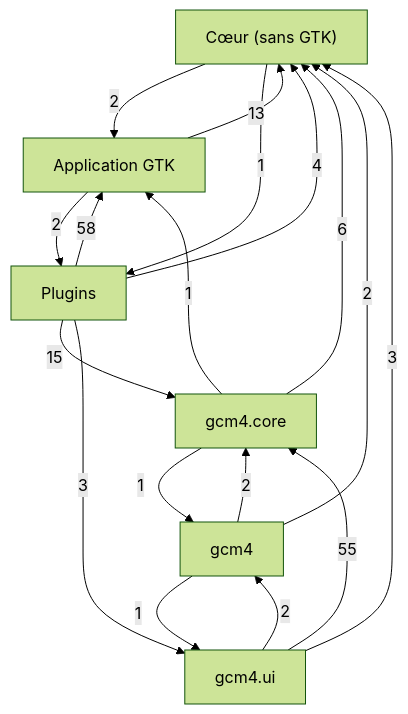
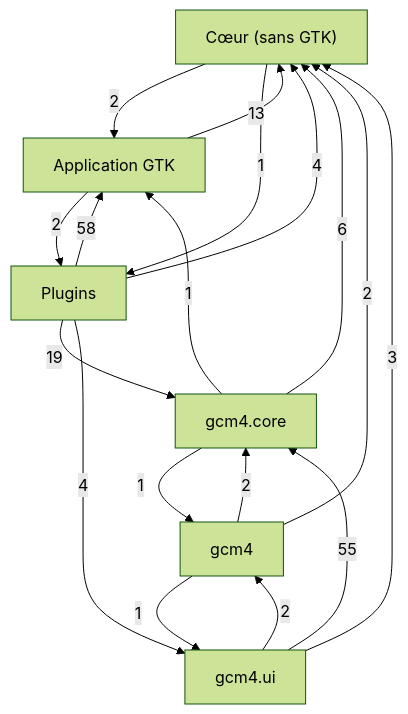
The first of 7 diagrams in docs/class-diagram.md (Mathilde-Team/Gcm4), drawn with Mermaid (forest theme) before and after one commit. The commit also changed other lines of this file and 3 other files, not shown here.

Commit message:
fix(#179): rebasé sur dev (sans ipmisol) — diagramme, .pot serial, Rocky écarte test_plugin_serial, debug avant return dans _combo

````diff
--- a/docs/class-diagram.md
+++ b/docs/class-diagram.md
@@ -21,26 +21,26 @@
 ```mermaid
 flowchart TD
     g0["Cœur (sans GTK)"]
     g1["Application GTK"]
     g2["Plugins"]
     g3["gcm4"]
     g4["gcm4.core"]
     g5["gcm4.ui"]
     g1 -->|13| g0
     g1 -->|2| g2
     g0 -->|2| g1
     g0 -->|1| g2
     g2 -->|58| g1
     g2 -->|4| g0
-    g2 -->|15| g4
-    g2 -->|3| g5
+    g2 -->|19| g4
+    g2 -->|4| g5
     g3 -->|2| g0
     g3 -->|2| g4
     g3 -->|1| g5
     g4 -->|1| g1
     g4 -->|6| g0
     g4 -->|1| g3
     g5 -->|3| g0
     g5 -->|2| g3
     g5 -->|55| g4
 ```
````
